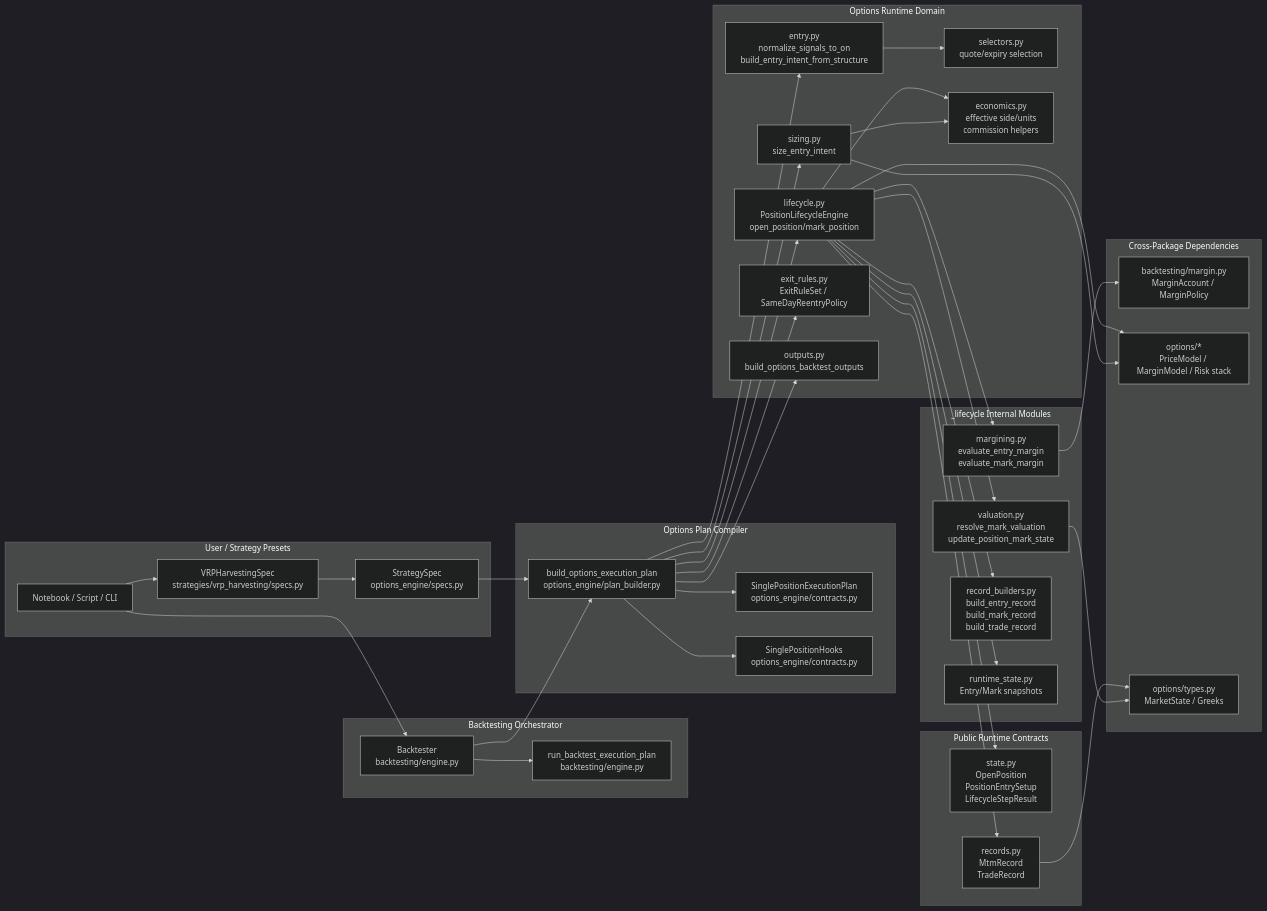
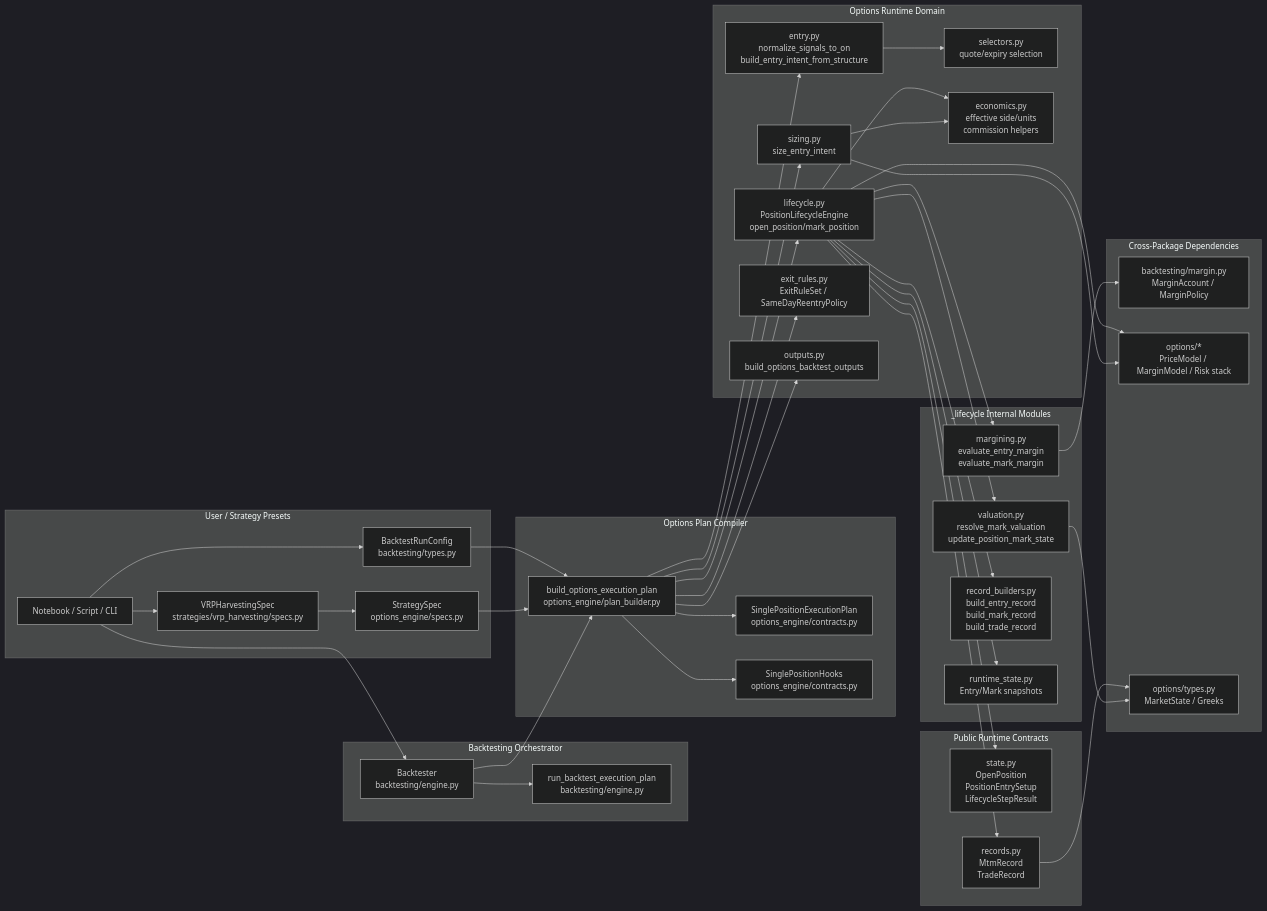
One commit to anthonymakarewicz/volatility-trading changed the first of 6 diagrams in docs/reference/options_backtesting_architecture_internals.md. Above: the diagram before and after it, drawn with Mermaid (dark theme). The commit also changed other lines of this file and 18 other files, not shown here.

````diff
--- a/docs/reference/options_backtesting_architecture_internals.md
+++ b/docs/reference/options_backtesting_architecture_internals.md
@@ -23,74 +23,77 @@
 ```mermaid
 flowchart LR
     subgraph UserLayer[User / Strategy Presets]
         U1[Notebook / Script / CLI]
         U2[VRPHarvestingSpec\nstrategies/vrp_harvesting/specs.py]
         U3[StrategySpec\noptions_engine/specs.py]
+        U4[BacktestRunConfig\nbacktesting/types.py]
     end
 
     subgraph Orchestrator[Backtesting Orchestrator]
         O1[Backtester\nbacktesting/engine.py]
         O2[run_backtest_execution_plan\nbacktesting/engine.py]
     end
 
     subgraph PlanCompiler[Options Plan Compiler]
         P1[build_options_execution_plan\noptions_engine/plan_builder.py]
         P2[SinglePositionExecutionPlan\noptions_engine/contracts.py]
         P3[SinglePositionHooks\noptions_engine/contracts.py]
     end
 
     subgraph RuntimeDomain[Options Runtime Domain]
         R1[entry.py\nnormalize_signals_to_on\nbuild_entry_intent_from_structure]
         R2[sizing.py\nsize_entry_intent]
         R3[lifecycle.py\nPositionLifecycleEngine\nopen_position/mark_position]
         R4[exit_rules.py\nExitRuleSet / SameDayReentryPolicy]
         R5[selectors.py\nquote/expiry selection]
         R6[economics.py\neffective side/units\ncommission helpers]
         R7[outputs.py\nbuild_options_backtest_outputs]
     end
 
     subgraph LifecycleInternals[_lifecycle Internal Modules]
         L1[valuation.py\nresolve_mark_valuation\nupdate_position_mark_state]
         L2[margining.py\nevaluate_entry_margin\nevaluate_mark_margin]
         L3[record_builders.py\nbuild_entry_record\nbuild_mark_record\nbuild_trade_record]
         L4[runtime_state.py\nEntry/Mark snapshots]
     end
 
     subgraph RuntimeContracts[Public Runtime Contracts]
         C1[state.py\nOpenPosition\nPositionEntrySetup\nLifecycleStepResult]
         C2[records.py\nMtmRecord\nTradeRecord]
     end
 
     subgraph ExternalDeps[Cross-Package Dependencies]
         X1[backtesting/margin.py\nMarginAccount / MarginPolicy]
         X2[options/*\nPriceModel / MarginModel / Risk stack]
         X3[options/types.py\nMarketState / Greeks]
     end
 
     U1 --> U2 --> U3
+    U1 --> U4
     U1 --> O1
     O1 --> P1
     O1 --> O2
     U3 --> P1
+    U4 --> P1
     P1 --> P2
     P1 --> P3
     P1 --> R1
     P1 --> R2
     P1 --> R3
     P1 --> R4
     P1 --> R7
     R1 --> R5
     R2 --> R6
     R3 --> R6
     R3 --> L1
     R3 --> L2
     R3 --> L3
     R3 --> L4
     R3 --> C1
     R3 --> C2
     L2 --> X1
     R2 --> X2
     R3 --> X2
     L1 --> X3
     C2 --> X3
 ```
````
